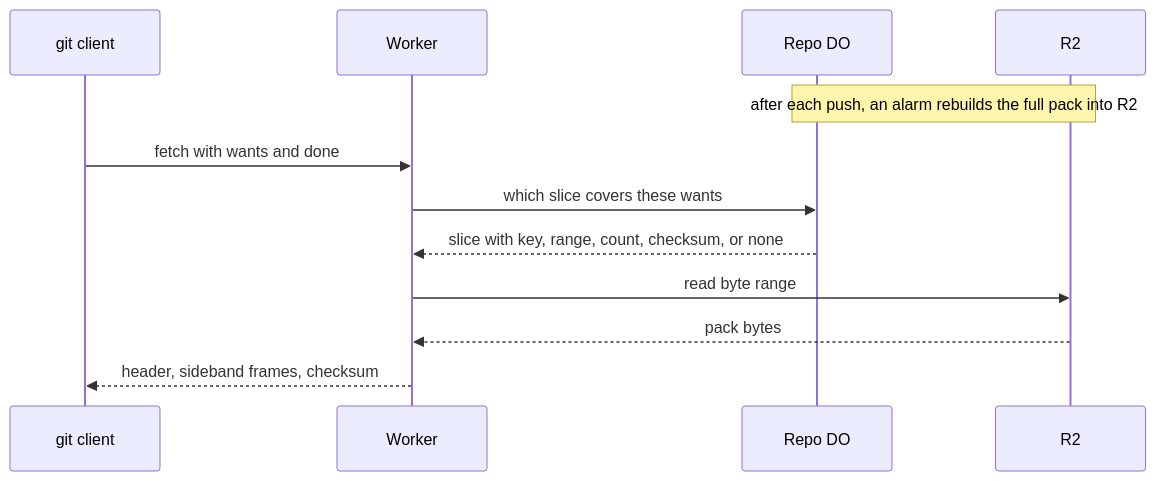
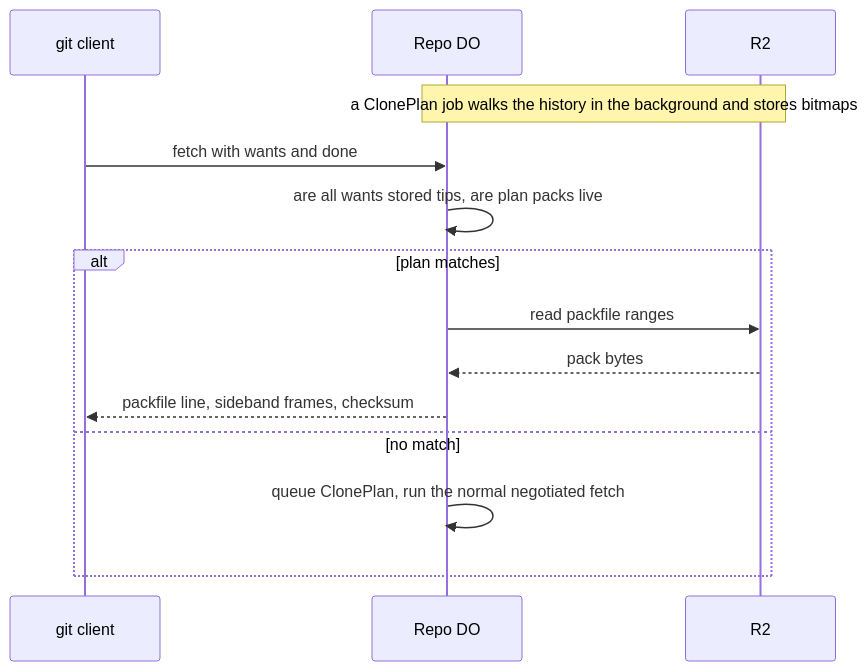
The diagram in plain/precomputed-clone-pack.md (idl3/git-edge), drawn with Mermaid before and after one commit. The commit also changed other lines of this file and 47 other files, not shown here.

````diff
--- a/plain/precomputed-clone-pack.md
+++ b/plain/precomputed-clone-pack.md
@@ -35,14 +37,16 @@
 ```mermaid
 sequenceDiagram
     participant Client as git client
-    participant Worker
     participant DO as Repo DO
     participant R2
-    Note over DO,R2: after each push, an alarm rebuilds the full pack into R2
-    Client->>Worker: fetch with wants and done
-    Worker->>DO: which slice covers these wants
-    DO-->>Worker: slice with key, range, count, checksum, or none
-    Worker->>R2: read byte range
-    R2-->>Worker: pack bytes
-    Worker-->>Client: header, sideband frames, checksum
+    Note over DO,R2: a ClonePlan job walks the history in the background and stores bitmaps
+    Client->>DO: fetch with wants and done
+    DO->>DO: are all wants stored tips, are plan packs live
+    alt plan matches
+        DO->>R2: read packfile ranges
+        R2-->>DO: pack bytes
+        DO-->>Client: packfile line, sideband frames, checksum
+    else no match
+        DO->>DO: queue ClonePlan, run the normal negotiated fetch
+    end
 ```
````
